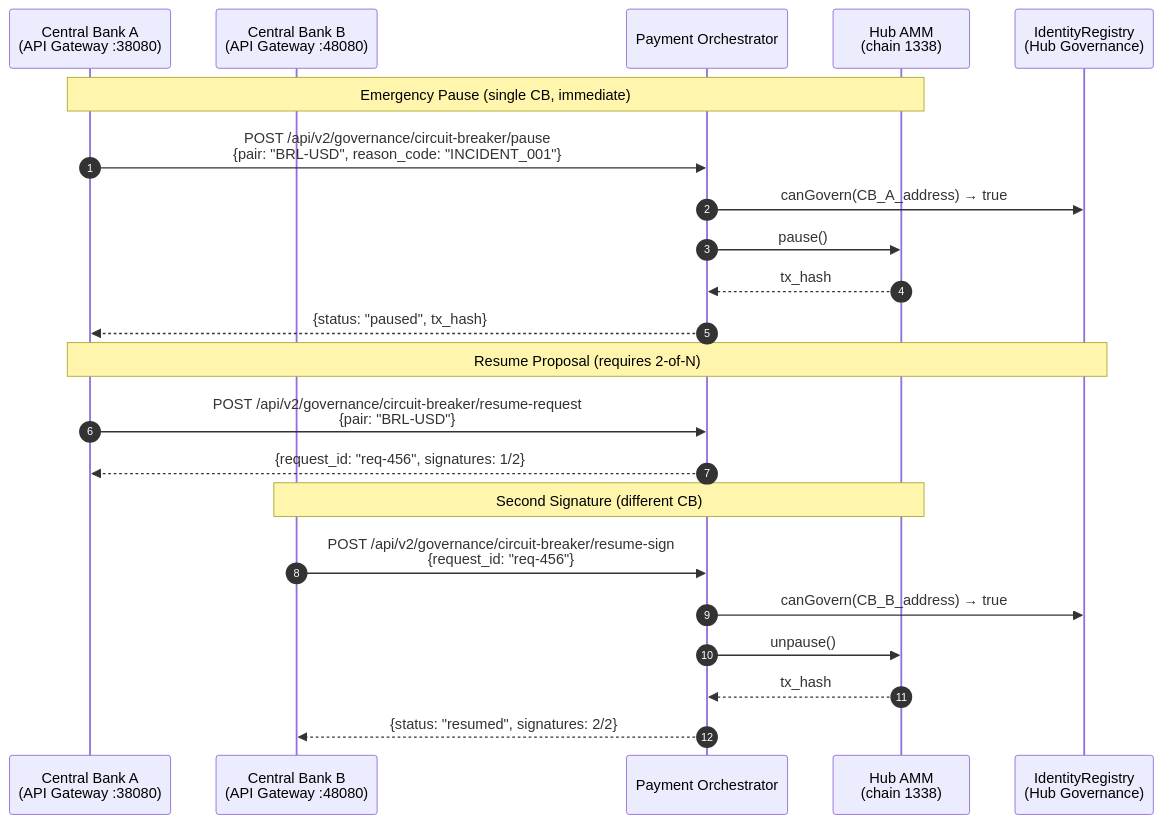
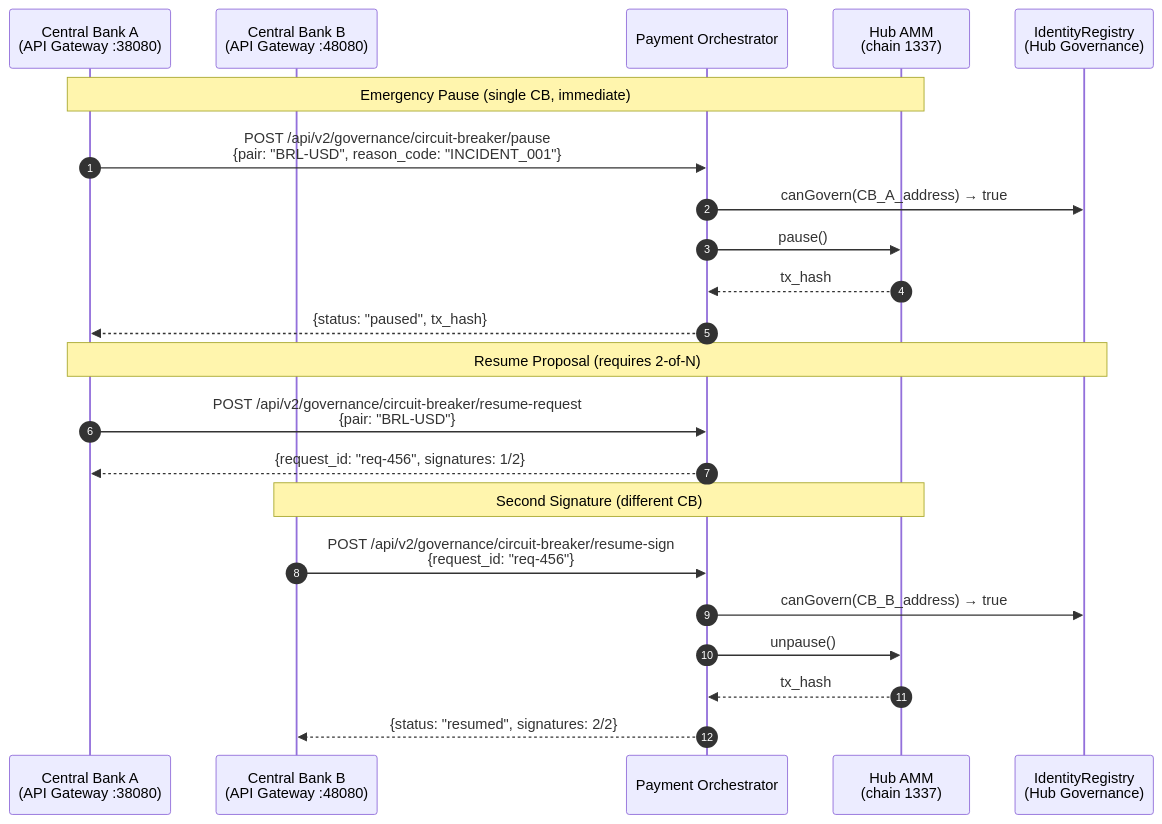
One commit to LF-Decentralized-Trust-labs/cbweb3 changed the fifth of 6 diagrams in platform/scenario-b/docs/charts/scenario-b/swap.md. Above: the diagram before and after it, drawn with Mermaid. The commit also changed other lines of this file and 41 other files, not shown here.

````diff
--- a/platform/scenario-b/docs/charts/scenario-b/swap.md
+++ b/platform/scenario-b/docs/charts/scenario-b/swap.md
@@ -230,27 +230,27 @@
 ```mermaid
 sequenceDiagram
     autonumber
     participant CB_A as Central Bank A<br/>(API Gateway :38080)
     participant CB_B as Central Bank B<br/>(API Gateway :48080)
     participant PO as Payment Orchestrator
-    participant HUB_AMM as Hub AMM<br/>(chain 1338)
+    participant HUB_AMM as Hub AMM<br/>(chain 1337)
     participant IR as IdentityRegistry<br/>(Hub Governance)
 
     Note over CB_A,HUB_AMM: Emergency Pause (single CB, immediate)
     CB_A->>PO: POST /api/v2/governance/circuit-breaker/pause<br/>{pair: "BRL-USD", reason_code: "INCIDENT_001"}
     PO->>IR: canGovern(CB_A_address) → true
     PO->>HUB_AMM: pause()
     HUB_AMM-->>PO: tx_hash
     PO-->>CB_A: {status: "paused", tx_hash}
 
     Note over CB_A,IR: Resume Proposal (requires 2-of-N)
     CB_A->>PO: POST /api/v2/governance/circuit-breaker/resume-request<br/>{pair: "BRL-USD"}
     PO-->>CB_A: {request_id: "req-456", signatures: 1/2}
 
     Note over CB_B,HUB_AMM: Second Signature (different CB)
     CB_B->>PO: POST /api/v2/governance/circuit-breaker/resume-sign<br/>{request_id: "req-456"}
     PO->>IR: canGovern(CB_B_address) → true
     PO->>HUB_AMM: unpause()
     HUB_AMM-->>PO: tx_hash
     PO-->>CB_B: {status: "resumed", signatures: 2/2}
 ```
````
